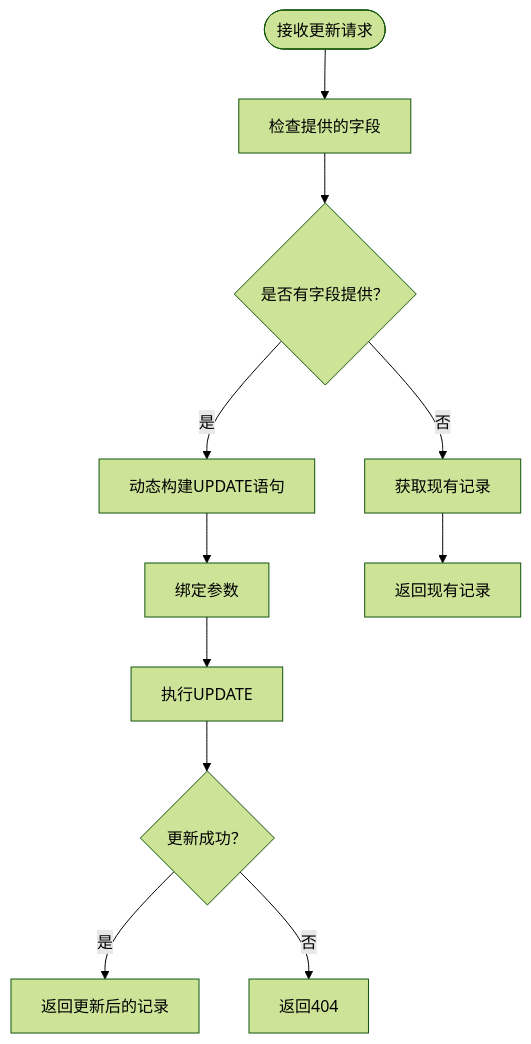
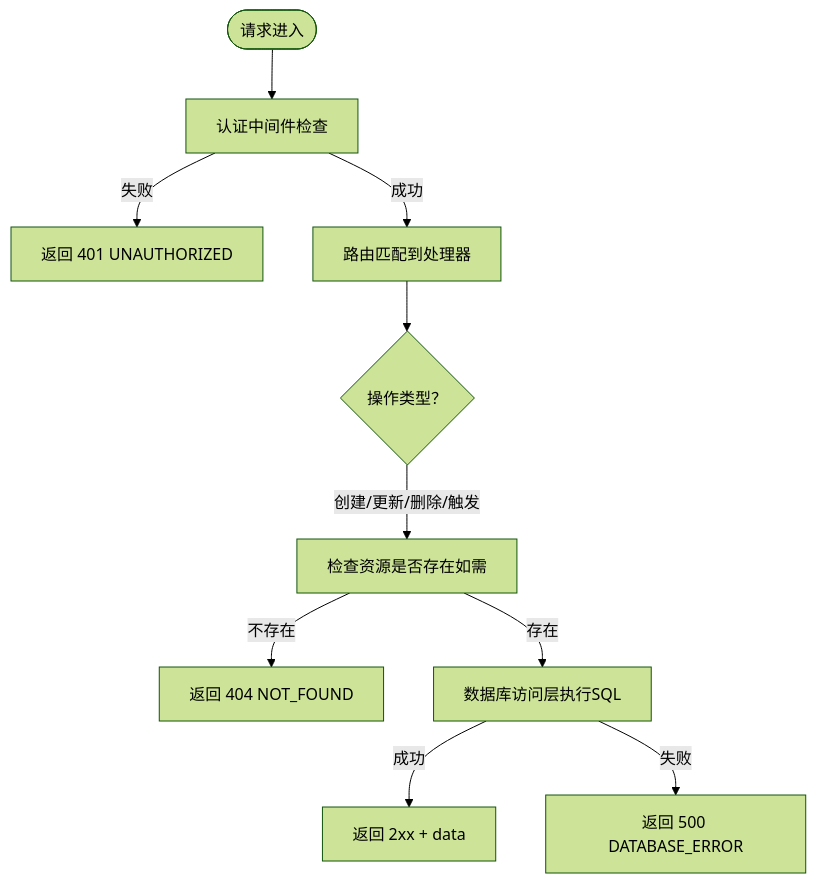
One commit to leimu-hue/AI-Trend-Tool changed the fourth of 6 diagrams in .qoder/repowiki/zh/content/API接口文档/数据源管理API.md. Above: the diagram before and after it, drawn with Mermaid (forest theme). The commit also changed other lines of this file and 118 other files, not shown here.

````diff
--- a/.qoder/repowiki/zh/content/API接口文档/数据源管理API.md
+++ b/.qoder/repowiki/zh/content/API接口文档/数据源管理API.md
@@ -223,13 +249,12 @@
 ```mermaid
 flowchart TD
-Start(["接收更新请求"]) --> CheckFields["检查提供的字段"]
-CheckFields --> HasFields{"是否有字段提供？"}
-HasFields --> |否| GetExisting["获取现有记录"]
-HasFields --> |是| BuildSQL["动态构建UPDATE语句"]
-BuildSQL --> BindParams["绑定参数"]
-BindParams --> ExecuteUpdate["执行UPDATE"]
-ExecuteUpdate --> UpdateSuccess{"更新成功？"}
-UpdateSuccess --> |是| ReturnUpdated["返回更新后的记录"]
-UpdateSuccess --> |否| ReturnNotFound["返回404"]
-GetExisting --> ReturnExisting["返回现有记录"]
+Start(["请求进入"]) --> Auth["认证中间件检查"]
+Auth --> |失败| E401["返回 401 UNAUTHORIZED"]
+Auth --> |成功| Route["路由匹配到处理器"]
+Route --> Op{"操作类型？"}
+Op --> |创建/更新/删除/触发| CheckExist["检查资源是否存在如需"]
+CheckExist --> |不存在| E404["返回 404 NOT_FOUND"]
+CheckExist --> |存在| DB["数据库访问层执行SQL"]
+DB --> |成功| Resp["返回 2xx + data"]
+DB --> |失败| E500["返回 500 DATABASE_ERROR"]
 ```
````
